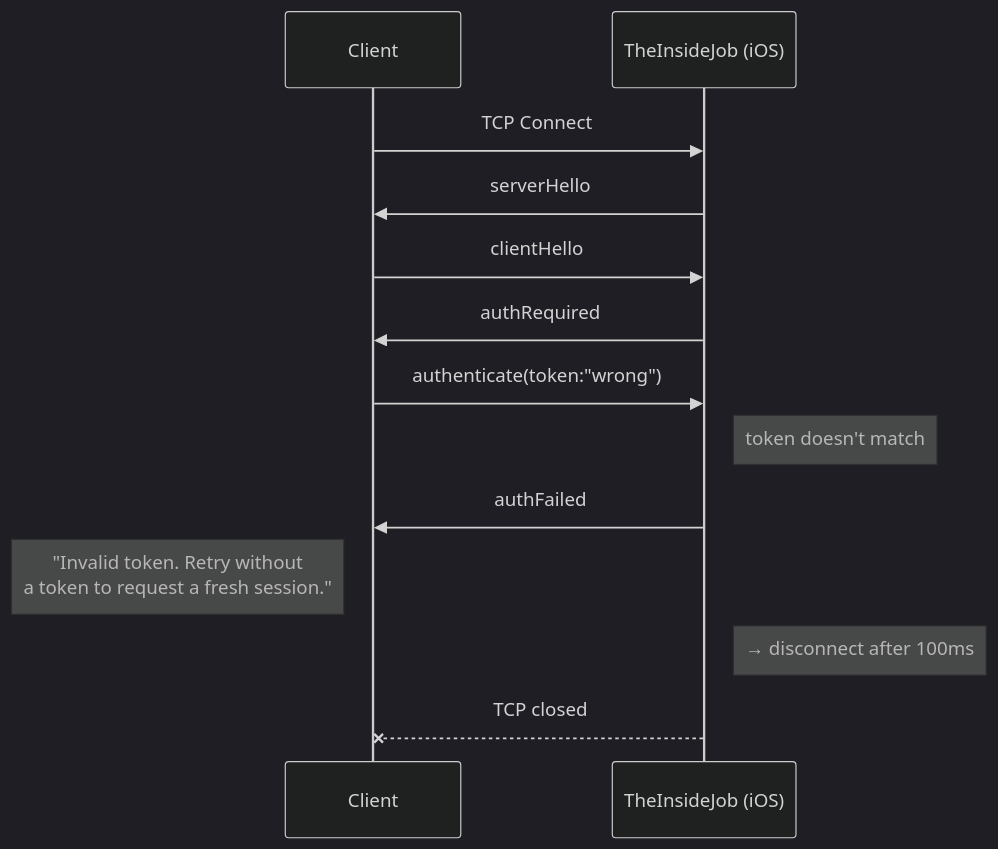
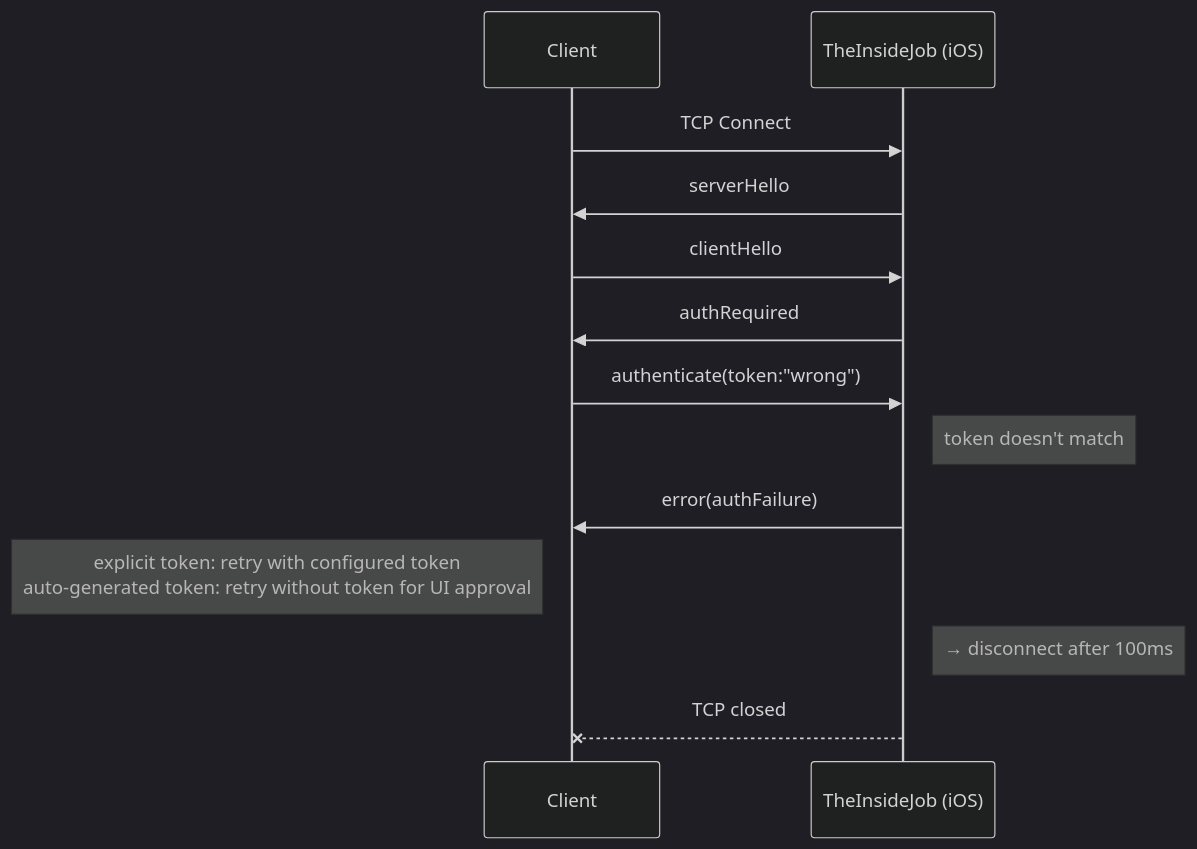
One commit to RoyalPineapple/TheButtonHeist changed the sixth of 7 diagrams in docs/AUTH.md. Above: the diagram before and after it, drawn with Mermaid (dark theme). The commit also changed other lines of this file and 36 other files, not shown here.

````diff
--- a/docs/AUTH.md
+++ b/docs/AUTH.md
@@ -156,16 +183,16 @@
 ```mermaid
 sequenceDiagram
     participant Client
     participant TheInsideJob as TheInsideJob (iOS)
 
     Client->>TheInsideJob: TCP Connect
     TheInsideJob->>Client: serverHello
     Client->>TheInsideJob: clientHello
     TheInsideJob->>Client: authRequired
     Client->>TheInsideJob: authenticate(token:"wrong")
     Note right of TheInsideJob: token doesn't match
-    TheInsideJob->>Client: authFailed
-    Note left of Client: "Invalid token. Retry without<br/>a token to request a fresh session."
+    TheInsideJob->>Client: error(authFailure)
+    Note left of Client: explicit token: retry with configured token<br/>auto-generated token: retry without token for UI approval
     Note right of TheInsideJob: → disconnect after 100ms
     TheInsideJob--xClient: TCP closed
 ```
````
